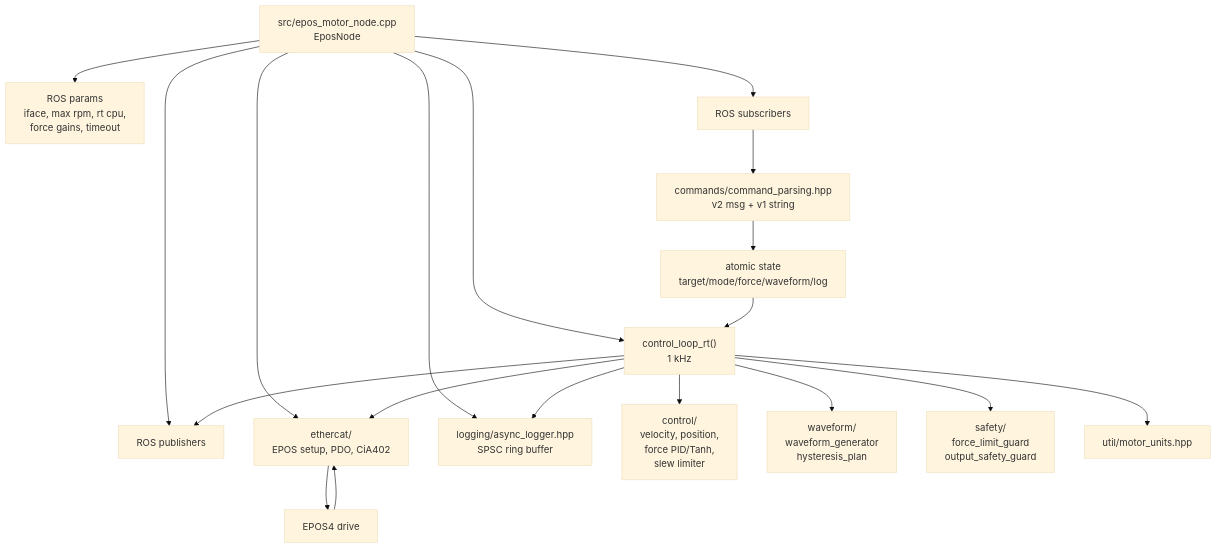
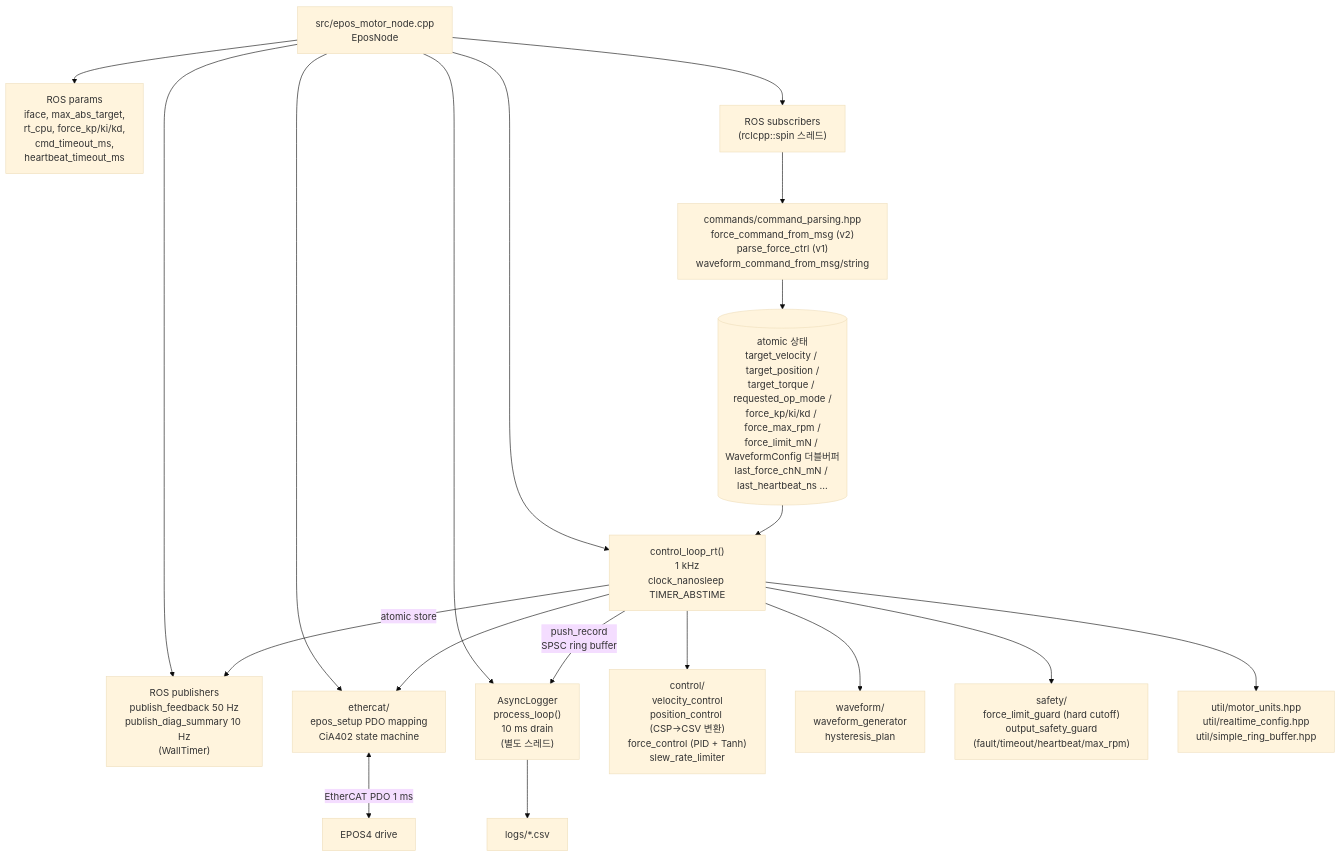
The sixth of 8 diagrams in docs/architecture_map.md (inlight37-design/motor_control), drawn with Mermaid (base theme) before and after one commit. The commit also changed other lines of this file and 1 other file, not shown here.

````diff
--- a/docs/architecture_map.md
+++ b/docs/architecture_map.md
@@ -226,24 +242,24 @@
 ```mermaid
 flowchart TD
-    Node["src/epos_motor_node.cpp<br/>EposNode"] --> Params["ROS params<br/>iface, max rpm, rt cpu,<br/>force gains, timeout"]
-    Node --> Subs["ROS subscribers"]
-    Node --> Pubs["ROS publishers"]
-    Node --> Ethercat["ethercat/<br/>EPOS setup, PDO, CiA402"]
-    Node --> RtThread["control_loop_rt()<br/>1 kHz"]
-    Node --> Logger["logging/async_logger.hpp<br/>SPSC ring buffer"]
+    Node["src/epos_motor_node.cpp<br/>EposNode"] --> Params["ROS params<br/>iface, max_abs_target,<br/>rt_cpu, force_kp/ki/kd,<br/>cmd_timeout_ms,<br/>heartbeat_timeout_ms"]
+    Node --> Subs["ROS subscribers<br/>(rclcpp::spin 스레드)"]
+    Node --> Pubs["ROS publishers<br/>publish_feedback 50 Hz<br/>publish_diag_summary 10 Hz<br/>(WallTimer)"]
+    Node --> Ethercat["ethercat/<br/>epos_setup PDO mapping<br/>CiA402 state machine"]
+    Node --> RtThread["control_loop_rt()<br/>1 kHz<br/>clock_nanosleep TIMER_ABSTIME"]
+    Node --> Logger["AsyncLogger<br/>process_loop()<br/>10 ms drain<br/>(별도 스레드)"]
 
-    Subs --> Parse["commands/command_parsing.hpp<br/>v2 msg + v1 string"]
-    Parse --> Atomic["atomic state<br/>target/mode/force/waveform/log"]
+    Subs --> Parse["commands/command_parsing.hpp<br/>force_command_from_msg (v2)<br/>parse_force_ctrl (v1)<br/>waveform_command_from_msg/string"]
+    Parse --> Atomic[("atomic 상태<br/>target_velocity / target_position /<br/>target_torque / requested_op_mode /<br/>force_kp/ki/kd / force_max_rpm /<br/>force_limit_mN / WaveformConfig 더블버퍼<br/>last_force_chN_mN / last_heartbeat_ns ...")]
     Atomic --> RtThread
 
-    RtThread --> Control["control/<br/>velocity, position,<br/>force PID/Tanh,<br/>slew limiter"]
+    RtThread --> Control["control/<br/>velocity_control<br/>position_control (CSP→CSV 변환)<br/>force_control (PID + Tanh)<br/>slew_rate_limiter"]
     RtThread --> Wave["waveform/<br/>waveform_generator<br/>hysteresis_plan"]
-    RtThread --> Safety["safety/<br/>force_limit_guard<br/>output_safety_guard"]
-    RtThread --> Units["util/motor_units.hpp"]
+    RtThread --> Safety["safety/<br/>force_limit_guard (hard cutoff)<br/>output_safety_guard<br/>(fault/timeout/heartbeat/max_rpm)"]
+    RtThread --> Units["util/motor_units.hpp<br/>util/realtime_config.hpp<br/>util/simple_ring_buffer.hpp"]
     RtThread --> Ethercat
-    RtThread --> Logger
+    RtThread -->|push_record<br/>SPSC ring buffer| Logger
 
-    Ethercat --> Drive["EPOS4 drive"]
-    Drive --> Ethercat
-    RtThread --> Pubs
+    Ethercat <-->|EtherCAT PDO 1 ms| Drive["EPOS4 drive"]
+    RtThread -->|atomic store| Pubs
+    Logger --> Csv["logs/*.csv"]
 ```
````
